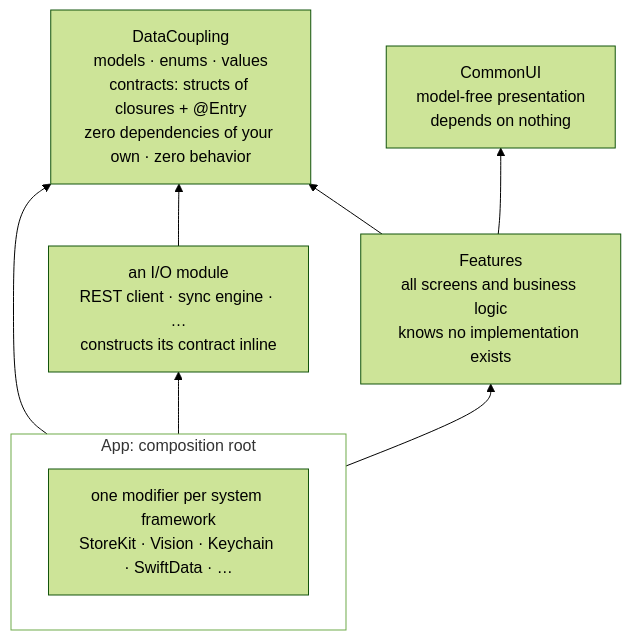
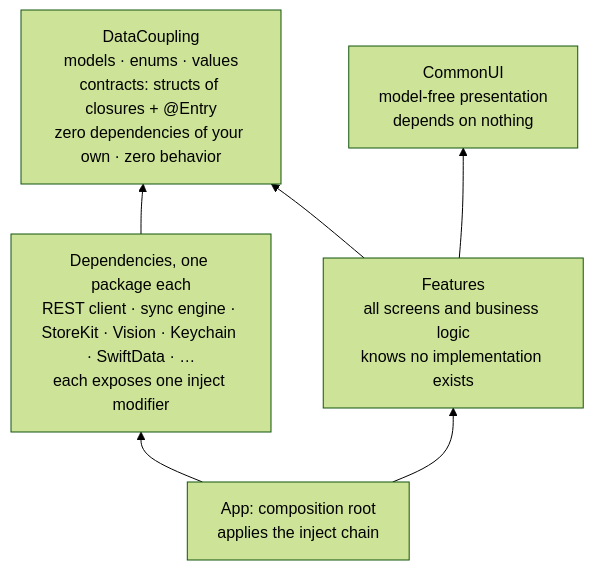
One commit to sisoje/hypermodular changed the diagram in data-coupling/references/modules.md. Above: the diagram before and after it, drawn with Mermaid (forest theme). The commit also changed other lines of this file and 5 other files, not shown here.

Commit message:
F47: a dependency is a package under Dependencies, sees only the layer, exposes one inject modifier; a target picks its dependencies

````diff
--- a/data-coupling/references/modules.md
+++ b/data-coupling/references/modules.md
@@ -188,19 +198,13 @@
 ```mermaid
 flowchart BT
     Data["DataCoupling<br/>models · enums · values<br/>contracts: structs of closures + @Entry<br/>zero dependencies of your own · zero behavior"]
     Features["Features<br/>all screens and business logic<br/>knows no implementation exists"]
     CommonUI["CommonUI<br/>model-free presentation<br/>depends on nothing"]
-    IO["an I/O module<br/>REST client · sync engine · …<br/>constructs its contract inline"]
-    subgraph App["App: composition root"]
-        direction LR
-        Inj["one modifier per system framework<br/>StoreKit · Vision · Keychain · SwiftData · …"]
-    end
+    Deps["Dependencies, one package each<br/>REST client · sync engine · StoreKit · Vision · Keychain · SwiftData · …<br/>each exposes one inject modifier"]
+    App["App: composition root<br/>applies the inject chain"]
     Features --> Data
     Features --> CommonUI
-    IO --> Data
-    Inj --> Data
+    Deps --> Data
     App --> Features
-    App --> IO
-    classDef plain fill:none
-    class App plain
+    App --> Deps
 ```
````
